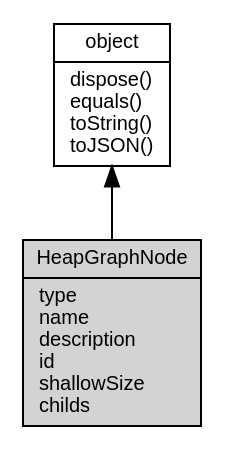
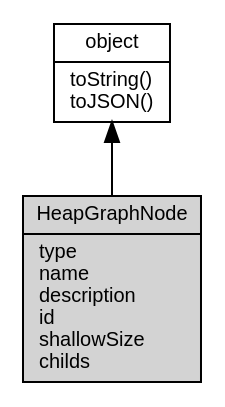
One commit to asionius/fibjs-ceph changed the diagram in docs/object/ifs/HeapGraphNode.md. Above: the diagram before and after it, drawn with Graphviz. The commit also changed other lines of this file and 138 other files, not shown here.

````diff
--- a/docs/object/ifs/HeapGraphNode.md
+++ b/docs/object/ifs/HeapGraphNode.md
@@ -5,10 +5,10 @@
 ```dot
 digraph {
     node [fontname="Helvetica,sans-Serif", fontsize=10, shape="record", style="filled", fillcolor="white"];
 
-    object [tooltip="object", URL="object.md", label="{object|dispose()\lequals()\ltoString()\ltoJSON()\l}"];
-    HeapGraphNode [tooltip="HeapGraphNode", fillcolor="lightgray", label="{HeapGraphNode|type\lname\ldescription\lid\lshallowSize\lchilds\l}"];
+    object [tooltip="object", URL="object.md", label="{object|toString()\ltoJSON()\l}"];
+    HeapGraphNode [tooltip="HeapGraphNode", fillcolor="lightgray", id="me", label="{HeapGraphNode|type\lname\ldescription\lid\lshallowSize\lchilds\l}"];
 
     object -> HeapGraphNode [dir=back];
 }
 ```
````
